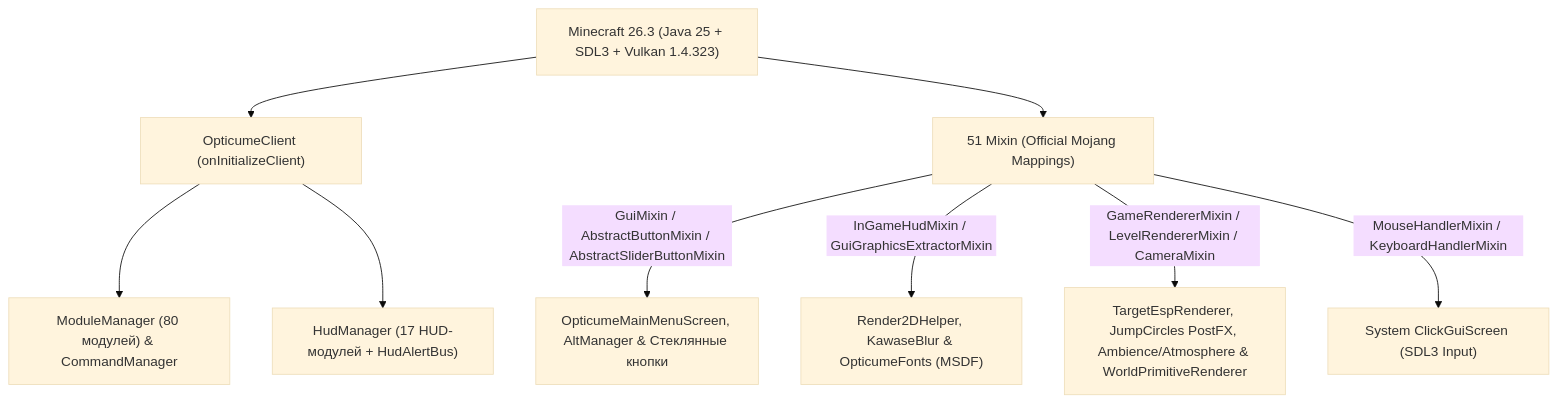
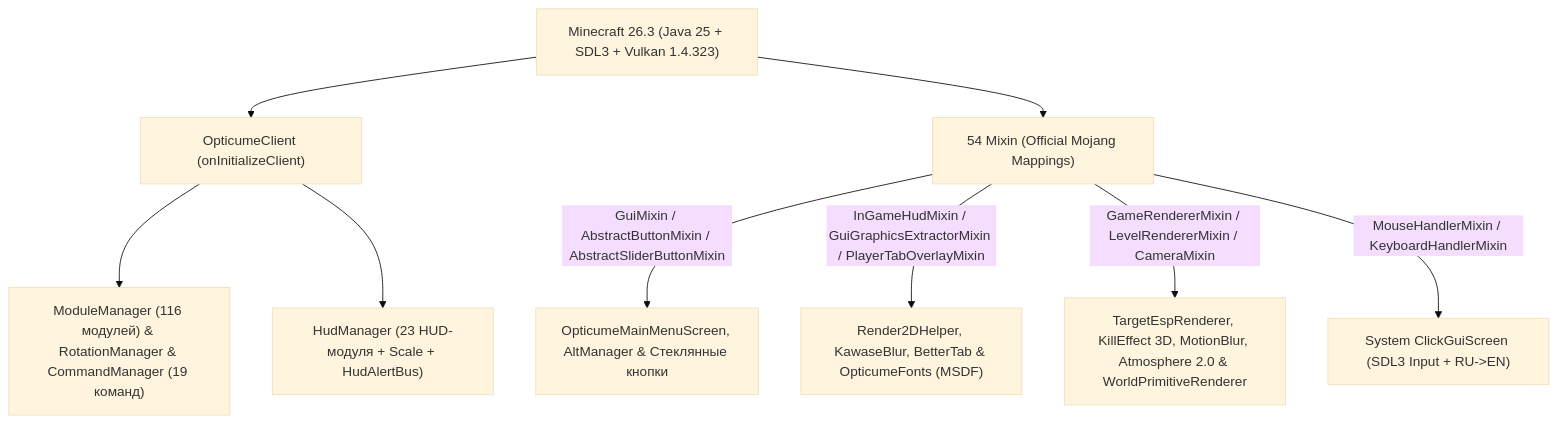
Before and after one commit to kdkdamls4-boop/OpticumeClient: the diagram in README.md, drawn with Mermaid (base theme). The commit also changed other lines of this file and 812 other files, not shown here.

Commit message:
feat: release OpticumeClient v1.5.5-mc26.3 (M11-M17, Combat Rotation 2.0, BetterTab, security & stability fixes)

````diff
--- a/README.md
+++ b/README.md
@@ -83,11 +85,11 @@
 ```mermaid
 flowchart TD
     A["Minecraft 26.3 (Java 25 + SDL3 + Vulkan 1.4.323)"] --> B["OpticumeClient (onInitializeClient)"]
-    B --> C["ModuleManager (80 модулей) & CommandManager"]
-    B --> D["HudManager (17 HUD-модулей + HudAlertBus)"]
-    A --> E["51 Mixin (Official Mojang Mappings)"]
+    B --> C["ModuleManager (116 модулей) & RotationManager & CommandManager (19 команд)"]
+    B --> D["HudManager (23 HUD-модуля + Scale + HudAlertBus)"]
+    A --> E["54 Mixin (Official Mojang Mappings)"]
     E -->|"GuiMixin / AbstractButtonMixin / AbstractSliderButtonMixin"| M["OpticumeMainMenuScreen, AltManager & Стеклянные кнопки"]
-    E -->|"InGameHudMixin / GuiGraphicsExtractorMixin"| F["Render2DHelper, KawaseBlur & OpticumeFonts (MSDF)"]
-    E -->|"GameRendererMixin / LevelRendererMixin / CameraMixin"| G["TargetEspRenderer, JumpCircles PostFX, Ambience/Atmosphere & WorldPrimitiveRenderer"]
-    E -->|"MouseHandlerMixin / KeyboardHandlerMixin"| H["System ClickGuiScreen (SDL3 Input)"]
+    E -->|"InGameHudMixin / GuiGraphicsExtractorMixin / PlayerTabOverlayMixin"| F["Render2DHelper, KawaseBlur, BetterTab & OpticumeFonts (MSDF)"]
+    E -->|"GameRendererMixin / LevelRendererMixin / CameraMixin"| G["TargetEspRenderer, KillEffect 3D, MotionBlur, Atmosphere 2.0 & WorldPrimitiveRenderer"]
+    E -->|"MouseHandlerMixin / KeyboardHandlerMixin"| H["System ClickGuiScreen (SDL3 Input + RU->EN)"]
 ```
````
